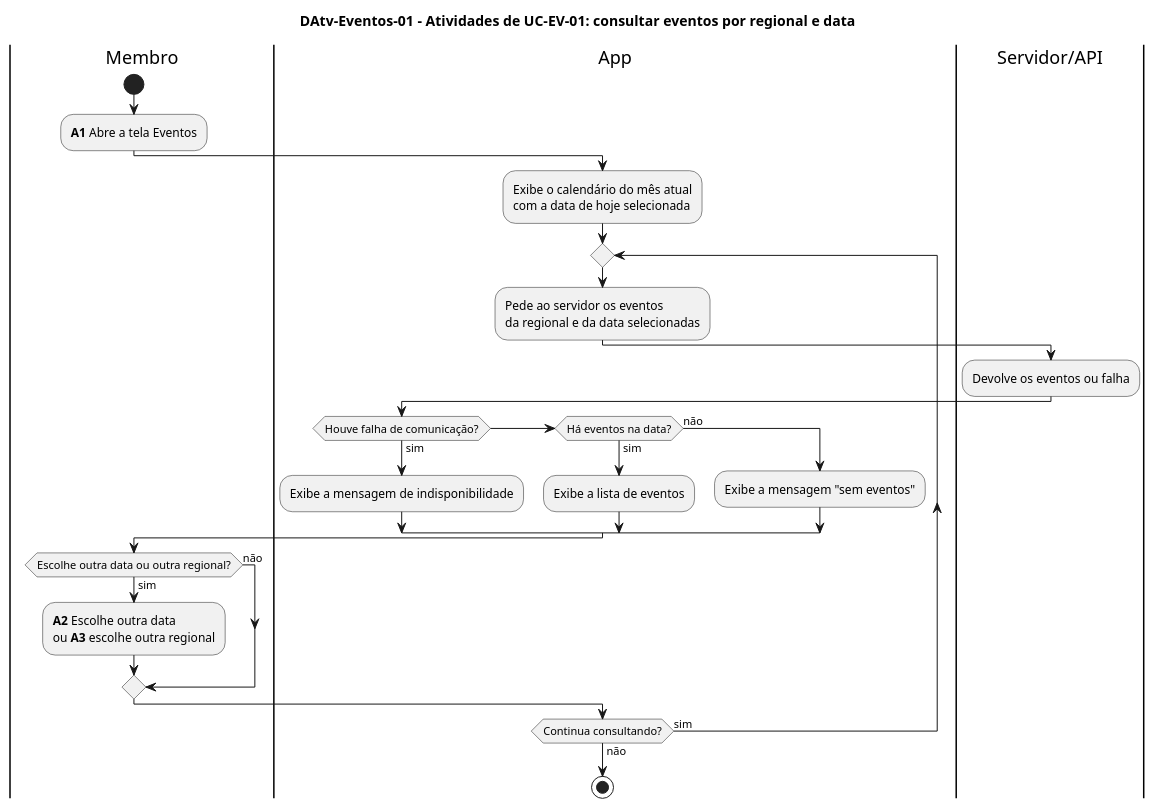
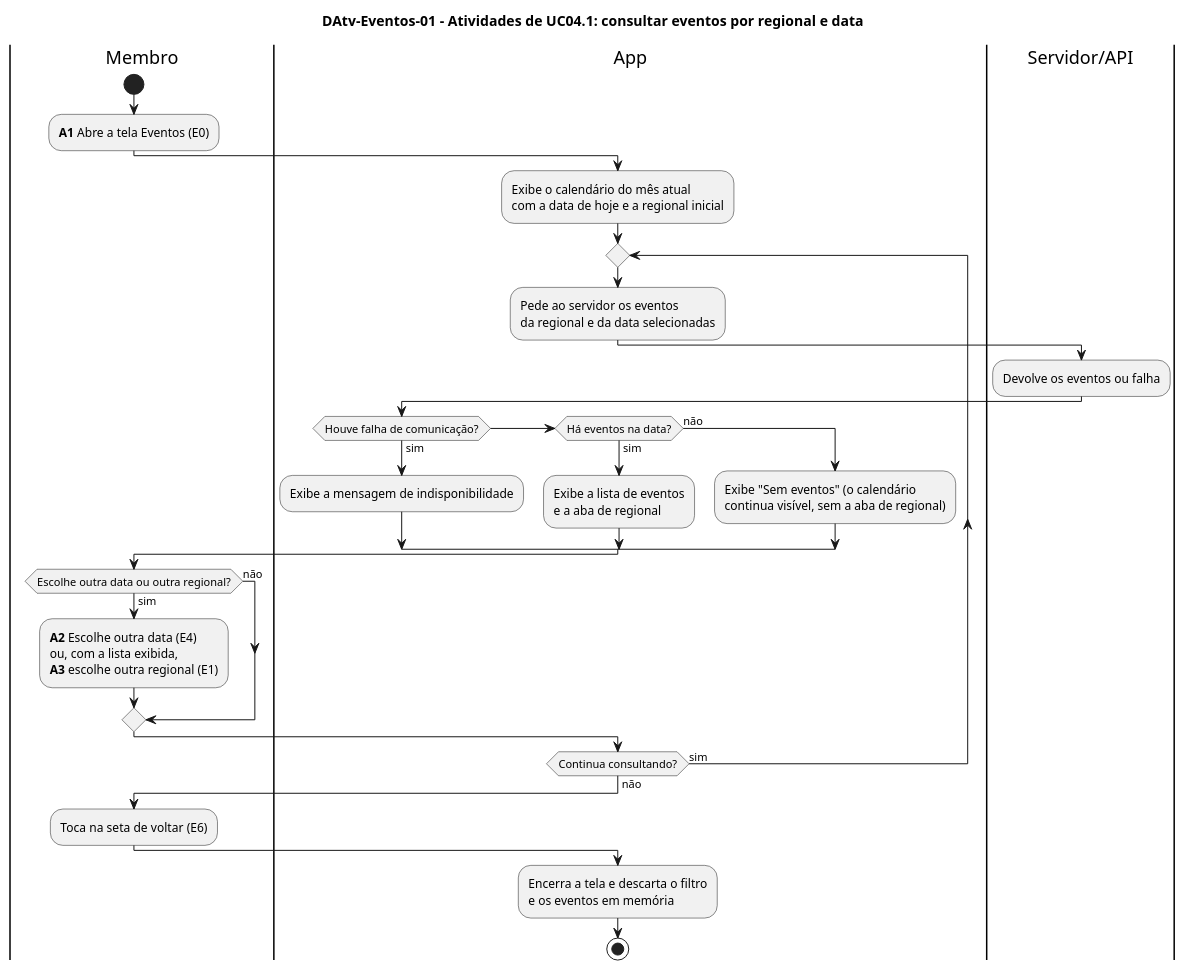
Before and after one commit to joseduardogon/Minha_UFG_Grupo_Cinza: the diagram in Eventos/DAtv-Eventos-01.puml, drawn with PlantUML. The commit also changed 131 other files, not shown here.

```diff
--- a/Eventos/DAtv-Eventos-01.puml
+++ b/Eventos/DAtv-Eventos-01.puml
@@ -1,28 +1,32 @@
 @startuml DAtv-Eventos-01
-title DAtv-Eventos-01 – Atividades de UC-EV-01: consultar eventos por regional e data
+title DAtv-Eventos-01 – Atividades de UC04.1: consultar eventos por regional e data
 |Membro|
 start
-:**A1** Abre a tela Eventos;
+:**A1** Abre a tela Eventos (E0);
 |App|
-:Exibe o calendário do mês atual\ncom a data de hoje selecionada;
+:Exibe o calendário do mês atual\ncom a data de hoje e a regional inicial;
 repeat
   :Pede ao servidor os eventos\nda regional e da data selecionadas;
   |Servidor/API|
   :Devolve os eventos ou falha;
   |App|
   if (Houve falha de comunicação?) then (sim)
     :Exibe a mensagem de indisponibilidade;
   elseif (Há eventos na data?) then (sim)
-    :Exibe a lista de eventos;
+    :Exibe a lista de eventos\ne a aba de regional;
   else (não)
-    :Exibe a mensagem "sem eventos";
+    :Exibe "Sem eventos" (o calendário\ncontinua visível, sem a aba de regional);
   endif
   |Membro|
   if (Escolhe outra data ou outra regional?) then (sim)
-    :**A2** Escolhe outra data\nou **A3** escolhe outra regional;
+    :**A2** Escolhe outra data (E4)\nou, com a lista exibida,\n**A3** escolhe outra regional (E1);
     |App|
   else (não)
   endif
 repeat while (Continua consultando?) is (sim) not (não)
+|Membro|
+:Toca na seta de voltar (E6);
+|App|
+:Encerra a tela e descarta o filtro\ne os eventos em memória;
 stop
 @enduml
```
